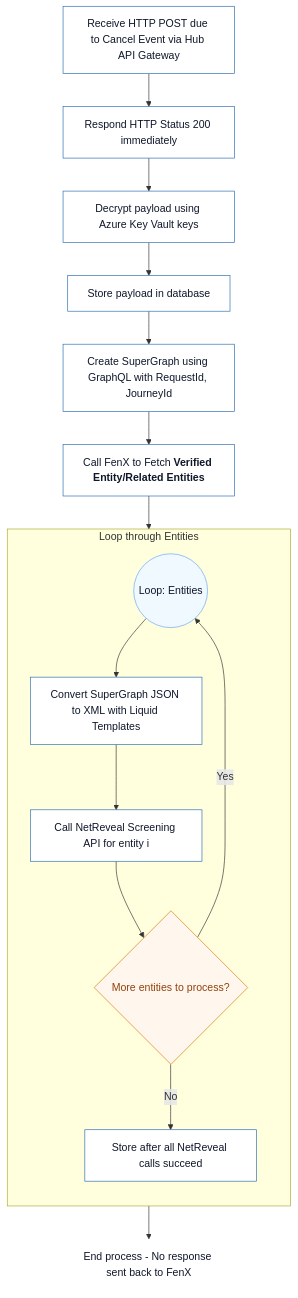
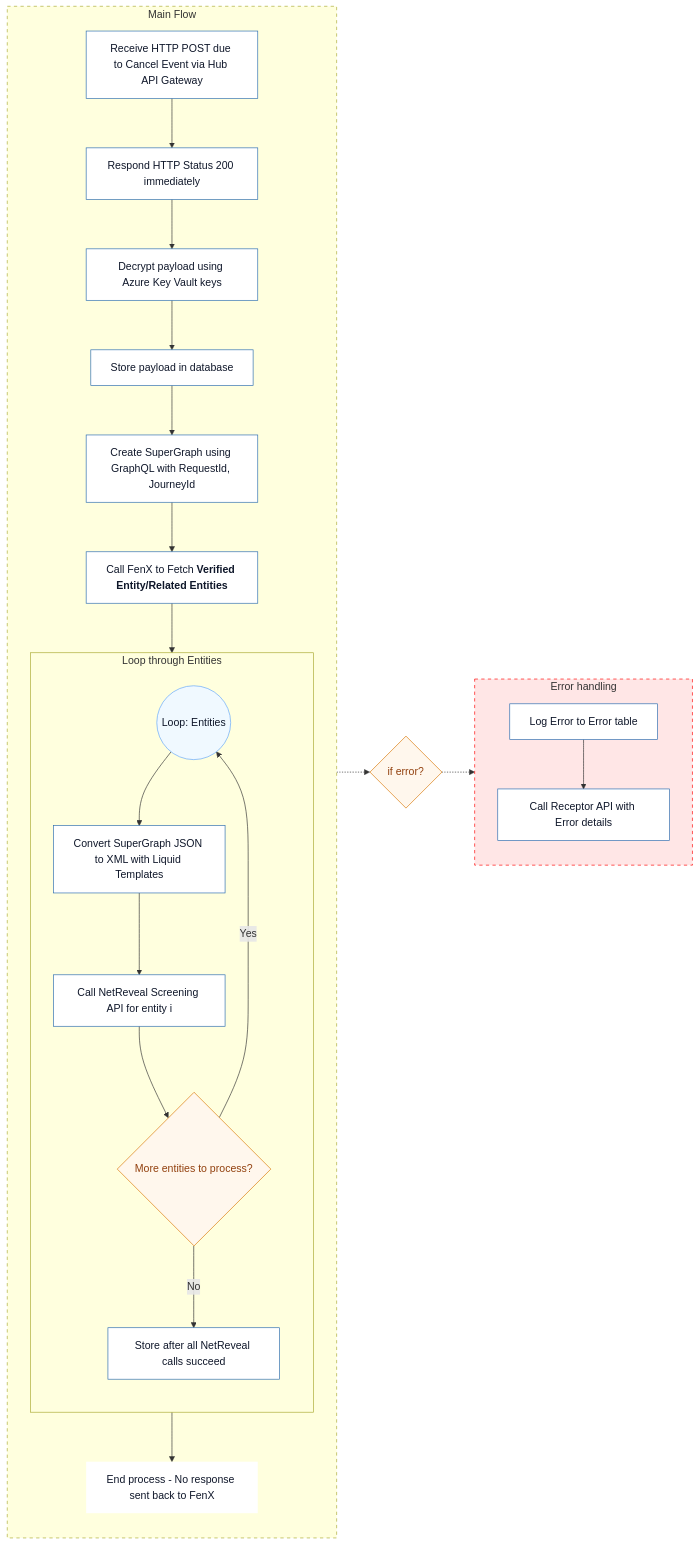
The diagram in Arch_Diagrams/v2/cancelflow.mmd (jojokoshy/Architecture_Diagrams_Python_AI), drawn with Mermaid before and after one commit. The commit also changed 2 other files, not shown here.

Commit message:
Refactor CancelFlow, ScreeningFlow, and ValidateFlow diagrams for improved clarity and structure, including enhanced error handling and entity processing logic

```diff
--- a/Arch_Diagrams/v2/cancelflow.mmd
+++ b/Arch_Diagrams/v2/cancelflow.mmd
@@ -1,26 +1,47 @@
 %%{init: {"theme":"default","themeVariables": {"background":"#ffffff","fontSize":"14"}}}%%
-flowchart TB
+flowchart LR
 
 %% Shared styles (matching AlertsFlow)
 classDef step fill:#ffffff,stroke:#2b6cb0,color:#0f172a,stroke-width:1px;
 classDef decision fill:#fff7ed,stroke:#d97706,color:#92400e,stroke-width:1px;
 classDef loop fill:#f0f9ff,stroke:#60a5fa,color:#0f172a,stroke-width:1px;
 classDef footer fill:#ffffff,stroke:none,color:#0f172a;
+subgraph MainFlow [Main Flow]
+   direction TB
+  A[Receive HTTP POST due to Cancel Event via Hub API Gateway]:::step --> B[Respond HTTP Status 200 immediately]:::step
+  B --> C[Decrypt payload using Azure Key Vault keys]:::step
+  C --> D[Store payload in database]:::step
+  D --> E[Create SuperGraph using GraphQL with RequestId, JourneyId]:::step
+  E --> FenX[Call FenX to Fetch <b>Verified Entity/Related Entities</b> ]:::step
+  FenX --> LoopStart((Loop: Entities)):::loop
 
-A[Receive HTTP POST due to Cancel Event via Hub API Gateway]:::step --> B[Respond HTTP Status 200 immediately]:::step
-B --> C[Decrypt payload using Azure Key Vault keys]:::step
-C --> D[Store payload in database]:::step
-D --> E[Create SuperGraph using GraphQL with RequestId, JourneyId]:::step
-E --> FenX[Call FenX to Fetch <b>Verified Entity/Related Entities</b> ]:::step
-FenX --> LoopStart((Loop: Entities)):::loop
+  subgraph EntitiesLoop [Loop through Entities]
+    direction TB
+    LoopStart --> XMLConvert[Convert SuperGraph JSON to XML with Liquid Templates]:::step
+    XMLConvert --> N[Call NetReveal Screening API for entity i]:::step
+    N --> Q{More entities to process?}:::decision
+    Q -- Yes --> LoopStart
+    Q -- No --> O[Store after all NetReveal calls succeed]:::step
+  end
 
-subgraph EntitiesLoop [Loop through Entities]
-  direction TB
-  LoopStart --> XMLConvert[Convert SuperGraph JSON to XML with Liquid Templates]:::step
-  XMLConvert --> N[Call NetReveal Screening API for entity i]:::step
-  N --> Q{More entities to process?}:::decision
-  Q -- Yes --> LoopStart
-  Q -- No --> O[Store after all NetReveal calls succeed]:::step
+  O --> P[End process - No response sent back to FenX]:::footer
 end
 
-O --> P[End process - No response sent back to FenX]:::footer
+style MainFlow stroke-dasharray: 5 5
+
+%% Decision between main and error blocks
+IfError{if error?}:::decision
+
+%% Error handling block to the right
+subgraph ErrorHandler [Error handling]
+  direction TB
+  EH1[Log Error to Error table]:::step
+  EH2[Call Receptor API with Error details]:::step
+  EH1 --> EH2
+end
+
+style ErrorHandler fill:#ffe6e6,stroke:#ff0000,stroke-dasharray: 5 5
+
+%% Connections: only between blocks (not individual nodes)
+MainFlow -.-> IfError
+IfError -.-> ErrorHandler
```
